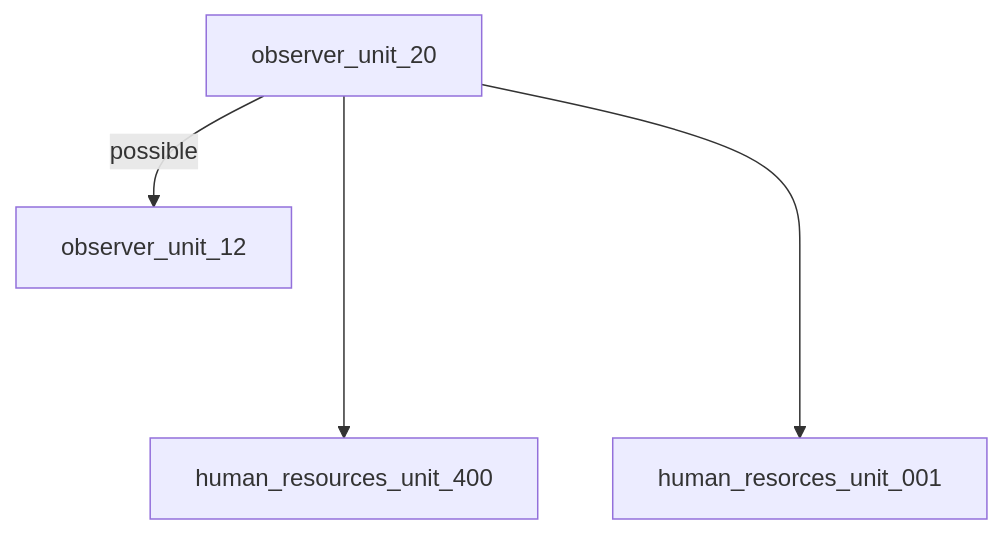
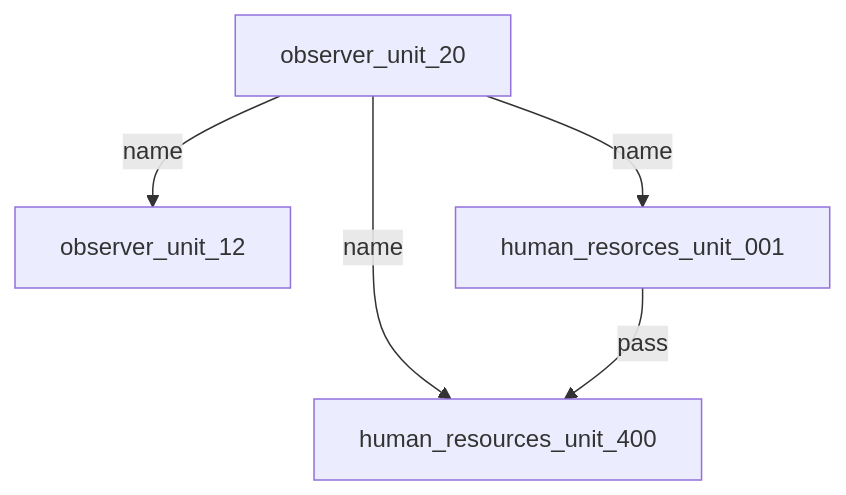
Before and after one commit to 3ncy/ARRS-s5: the diagram in README.md, drawn with Mermaid. The commit also changed other lines of this file, not shown here.

Commit message:
Update README.md - update graph

````diff
--- a/README.md
+++ b/README.md
@@ -10,6 +10,7 @@
 ```mermaid
 graph TD;
-    observer_unit_20 --possible--> observer_unit_12;
-    observer_unit_20 ----> human_resources_unit_400;
-    observer_unit_20 ----> human_resorces_unit_001;
+    observer_unit_20 --name--> observer_unit_12;
+    observer_unit_20 --name--> human_resources_unit_400;
+    observer_unit_20 --name--> human_resorces_unit_001;
+    human_resorces_unit_001 --pass--> human_resources_unit_400
 ```
````
